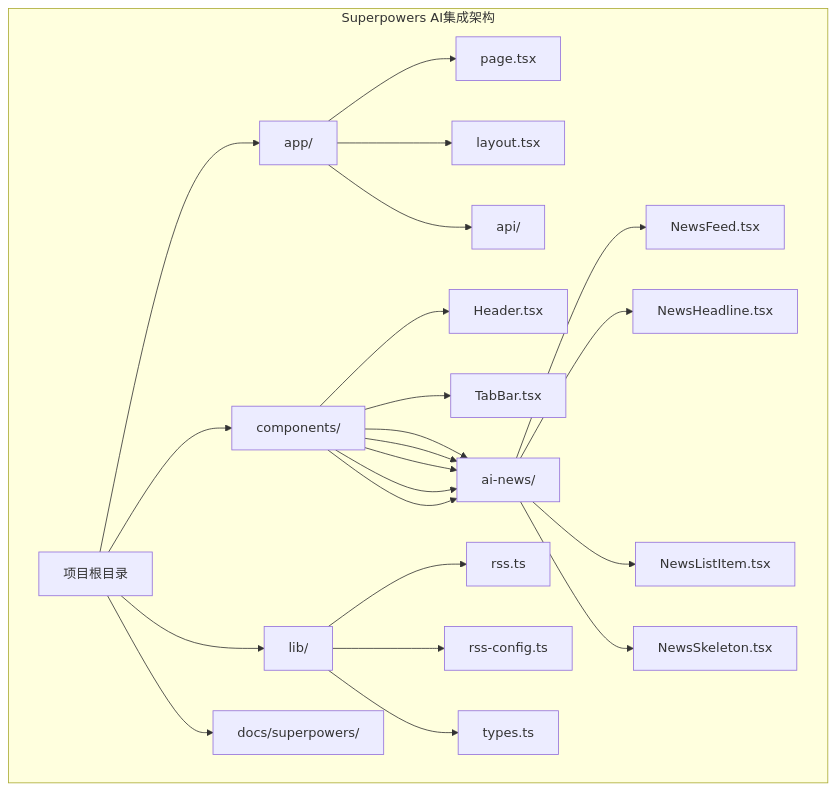
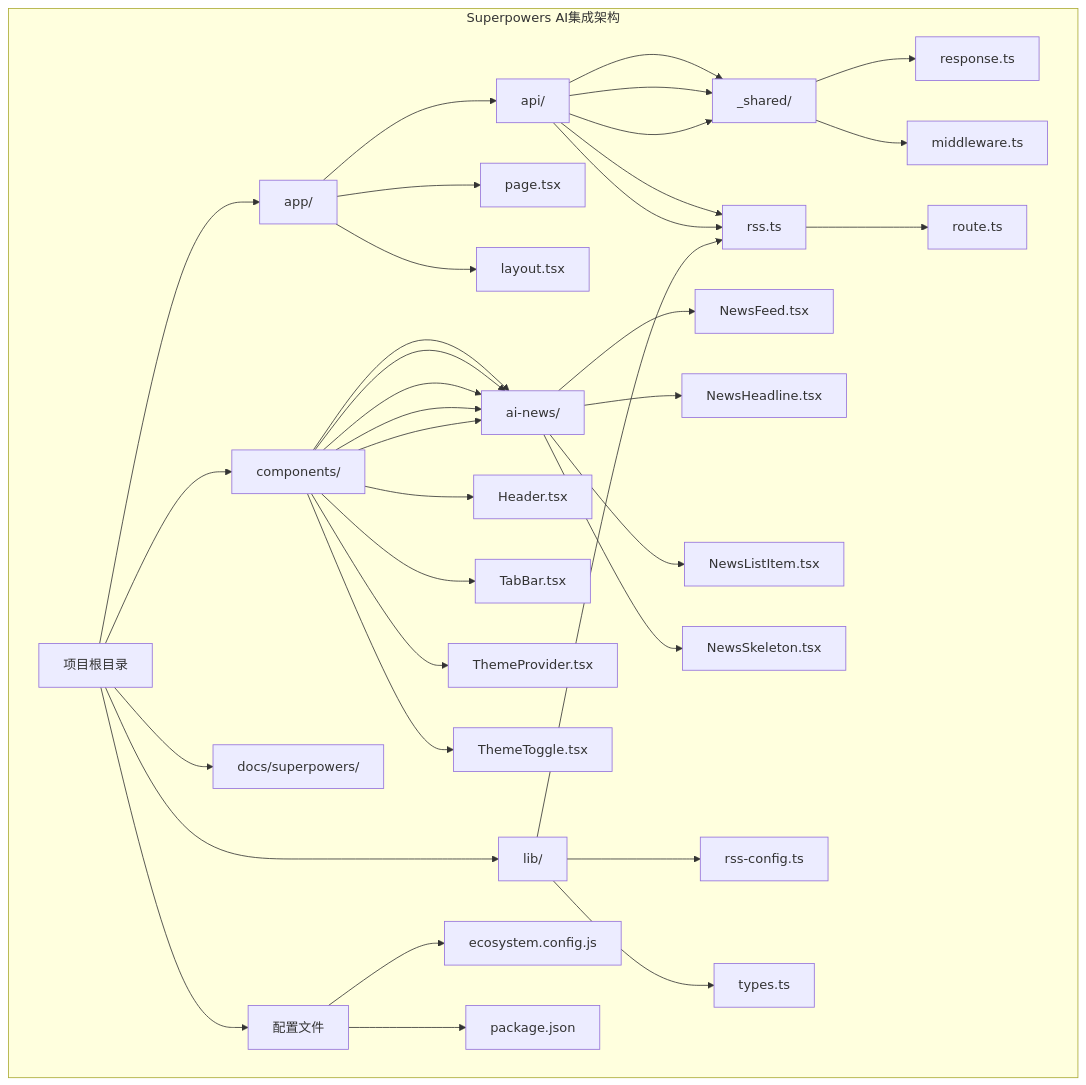
Before and after one commit to huanglixinccc/next-demo-collection: the first of 10 diagrams in .qoder/repowiki/zh/content/Superpowers AI集成.md, drawn with Mermaid. The commit also changed other lines of this file and 10 other files, not shown here.

````diff
--- a/.qoder/repowiki/zh/content/Superpowers AI集成.md
+++ b/.qoder/repowiki/zh/content/Superpowers AI集成.md
@@ -52,27 +57,38 @@
 ```mermaid
 graph TB
 subgraph "Superpowers AI集成架构"
 Root[项目根目录]
 App[app/]
 Components[components/]
 Lib[lib/]
 Docs[docs/superpowers/]
+Config[配置文件]
 Root --> App
 Root --> Components
 Root --> Lib
 Root --> Docs
+Root --> Config
 App --> Page[page.tsx]
 App --> Layout[layout.tsx]
 App --> API[api/]
+API --> Shared[_shared/]
+API --> Shared --> Response[response.ts]
+API --> Shared --> Middleware[middleware.ts]
+API --> RSS[rss/]
+API --> RSS --> Route[route.ts]
 Components --> Header[Header.tsx]
 Components --> TabBar[TabBar.tsx]
+Components --> ThemeProvider[ThemeProvider.tsx]
+Components --> ThemeToggle[ThemeToggle.tsx]
 Components --> AINews[ai-news/]
 Components --> AINews --> NewsFeed[NewsFeed.tsx]
 Components --> AINews --> NewsHeadline[NewsHeadline.tsx]
 Components --> AINews --> NewsListItem[NewsListItem.tsx]
 Components --> AINews --> NewsSkeleton[NewsSkeleton.tsx]
 Lib --> RSS[rss.ts]
 Lib --> RSSConfig[rss-config.ts]
 Lib --> Types[types.ts]
+Config --> Ecosystem[ecosystem.config.js]
+Config --> Package[package.json]
 end
 ```
````
